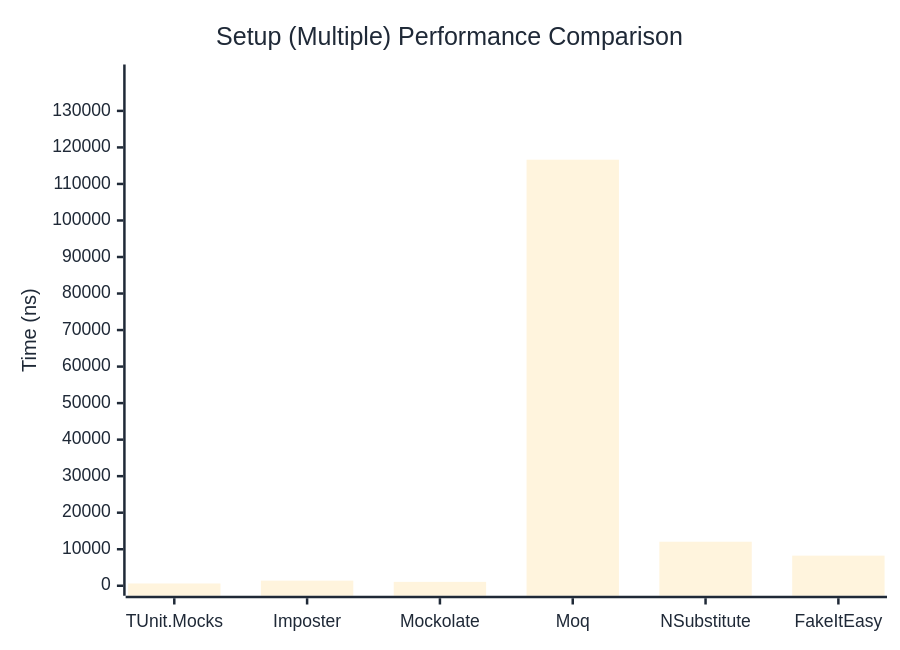
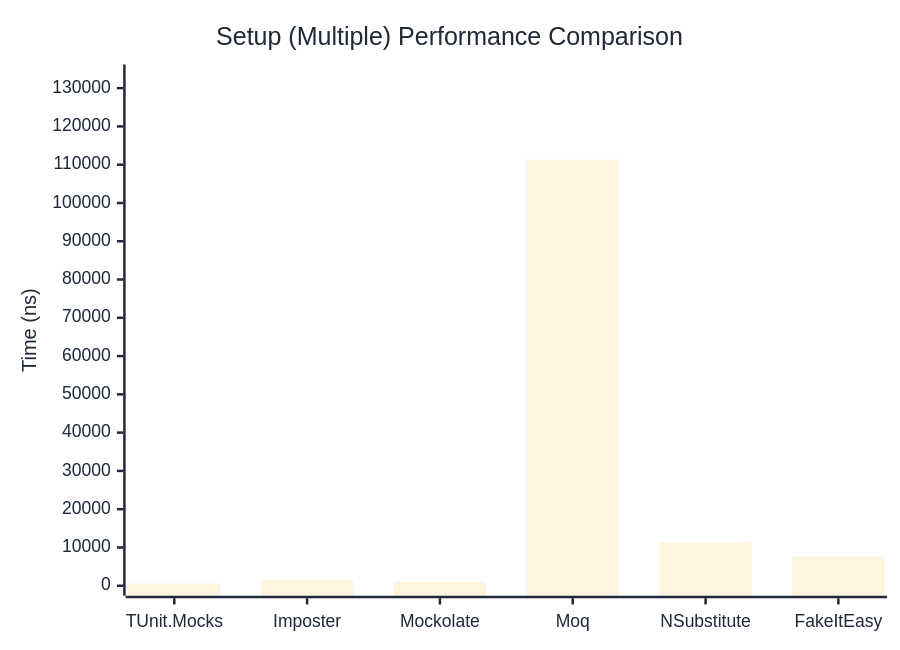
The second of 2 diagrams in docs/docs/benchmarks/mocks/Setup.md (weiyilai/TUnit), drawn with Mermaid before and after one commit. The commit also changed other lines of this file and 14 other files, not shown here.

````diff
--- a/docs/docs/benchmarks/mocks/Setup.md
+++ b/docs/docs/benchmarks/mocks/Setup.md
@@ -69,27 +69,27 @@
 ```mermaid
 %%{init: {
   'theme':'base',
   'themeVariables': {
     'primaryColor': '#2563eb',
     'primaryTextColor': '#1f2937',
     'primaryBorderColor': '#1e40af',
     'lineColor': '#6b7280',
     'secondaryColor': '#7c3aed',
     'tertiaryColor': '#dc2626',
     'background': '#ffffff',
     'pie1': '#2563eb',
     'pie2': '#7c3aed',
     'pie3': '#dc2626',
     'pie4': '#f59e0b',
     'pie5': '#10b981',
     'pie6': '#06b6d4',
     'pie7': '#ec4899',
     'pie8': '#6366f1'
   }
 }}%%
 xychart-beta
   title "Setup (Multiple) Performance Comparison"
   x-axis ["TUnit.Mocks", "Imposter", "Mockolate", "Moq", "NSubstitute", "FakeItEasy"]
-  y-axis "Time (ns)" 0 --> 139962
-  bar [619, 1393.8, 1063.1, 116634.6, 12052, 8245.2]
+  y-axis "Time (ns)" 0 --> 133559
+  bar [582.3, 1352.6, 1003.1, 111298.8, 11323.2, 7582.1]
 ```
````
